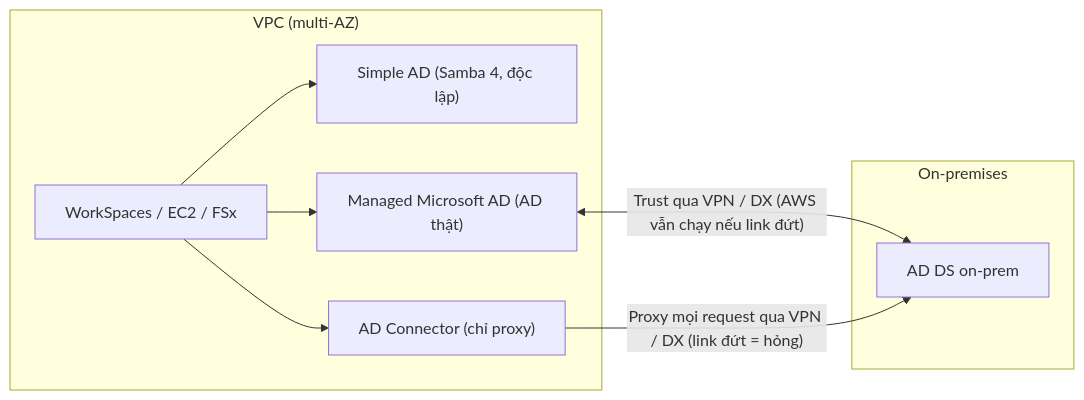
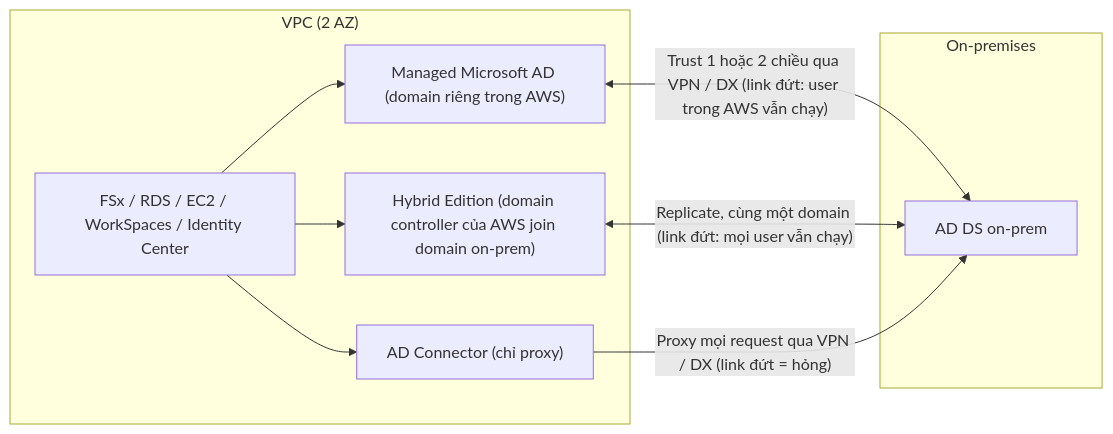
One commit to hairbui76/aws-saa-c03 changed the diagram in data/17 Hybrid and Migration/Directory Service.md. Above: the diagram before and after it, drawn with Mermaid. The commit also changed other lines of this file and 57 other files, not shown here.

````diff
--- a/data/17 Hybrid and Migration/Directory Service.md
+++ b/data/17 Hybrid and Migration/Directory Service.md
@@ -51,17 +66,18 @@
 ```mermaid
 flowchart LR
-  subgraph VPC["VPC (multi-AZ)"]
-    WS["WorkSpaces / EC2 / FSx"]
-    SAD["Simple AD (Samba 4, độc lập)"]
-    MAD["Managed Microsoft AD (AD thật)"]
+  subgraph VPC["VPC (2 AZ)"]
+    WS["FSx / RDS / EC2 / WorkSpaces / Identity Center"]
+    MAD["Managed Microsoft AD (domain riêng trong AWS)"]
+    HYB["Hybrid Edition (domain controller của AWS join domain on-prem)"]
     ADC["AD Connector (chỉ proxy)"]
   end
   subgraph ONP["On-premises"]
     OAD["AD DS on-prem"]
   end
-  WS --> SAD
   WS --> MAD
+  WS --> HYB
   WS --> ADC
-  MAD <-- "Trust qua VPN / DX (AWS vẫn chạy nếu link đứt)" --> OAD
+  MAD <-- "Trust 1 hoặc 2 chiều qua VPN / DX (link đứt: user trong AWS vẫn chạy)" --> OAD
+  HYB <-- "Replicate, cùng một domain (link đứt: mọi user vẫn chạy)" --> OAD
   ADC -- "Proxy mọi request qua VPN / DX (link đứt = hỏng)" --> OAD
 ```
````
